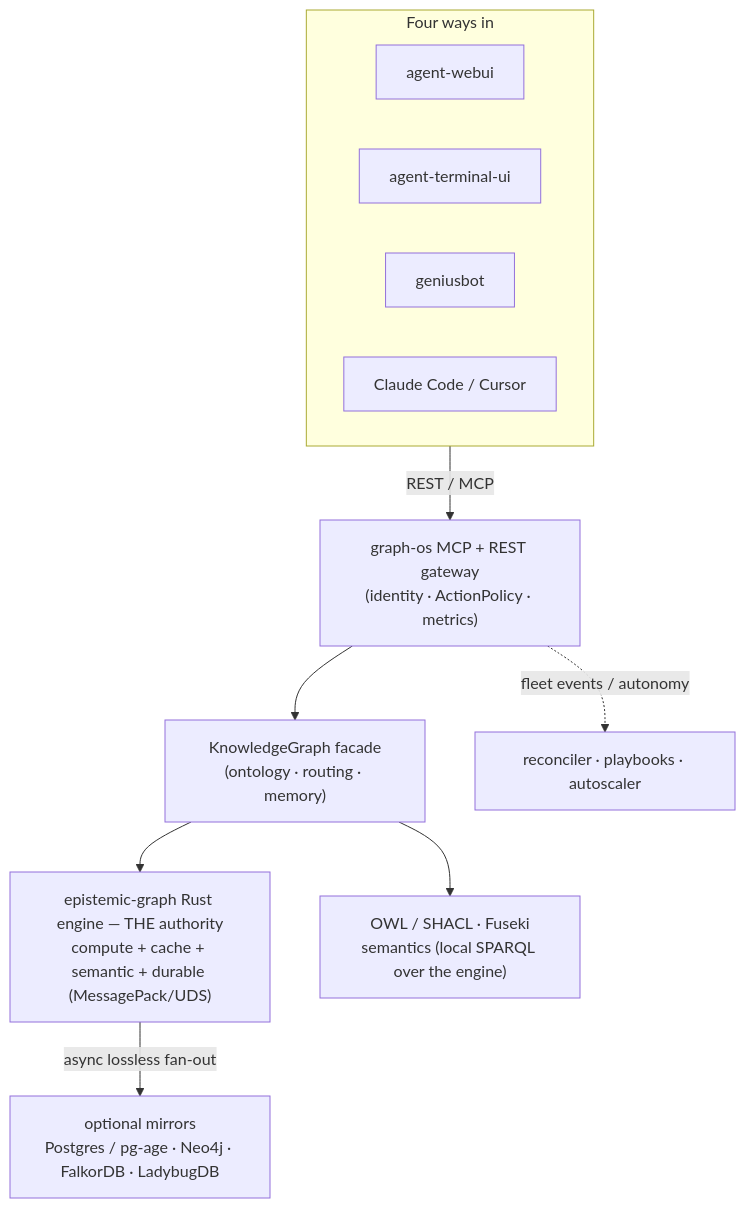
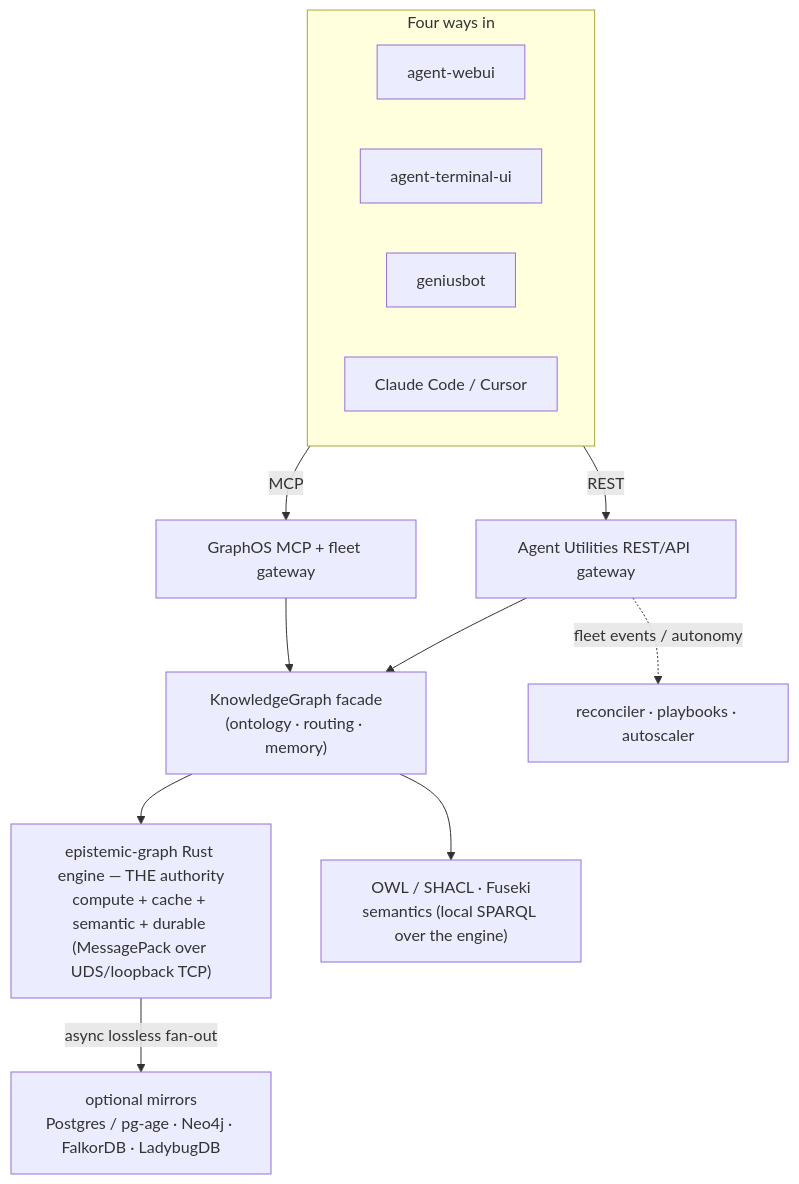
Before and after one commit to Knuckles-Team/agent-utilities: the diagram in README.md, drawn with Mermaid. The commit also changed other lines of this file and 3818 other files, not shown here.

Commit message:
Reconstruct advanced agent-utilities 1.27.1 tree (pre-merge base)

````diff
--- a/README.md
+++ b/README.md
@@ -97,12 +141,14 @@
 ```mermaid
 flowchart TD
     subgraph Surfaces["Four ways in"]
         WEB[agent-webui] & TUI[agent-terminal-ui] & GB[geniusbot] & IDE[Claude Code / Cursor]
     end
-    Surfaces -->|REST / MCP| GW["graph-os MCP + REST gateway<br/>(identity · ActionPolicy · metrics)"]
-    GW --> KG["KnowledgeGraph facade<br/>(ontology · routing · memory)"]
-    KG --> ENG["epistemic-graph Rust engine — THE authority<br/>compute + cache + semantic + durable (MessagePack/UDS)"]
+    Surfaces -->|MCP| MCP["GraphOS MCP + fleet gateway"]
+    Surfaces -->|REST| REST["Agent Utilities REST/API gateway"]
+    MCP --> KG["KnowledgeGraph facade<br/>(ontology · routing · memory)"]
+    REST --> KG
+    KG --> ENG["epistemic-graph Rust engine — THE authority<br/>compute + cache + semantic + durable (MessagePack over UDS/loopback TCP)"]
     ENG -->|async lossless fan-out| MIR["optional mirrors<br/>Postgres / pg-age · Neo4j · FalkorDB · LadybugDB"]
     KG --> OWL["OWL / SHACL · Fuseki<br/>semantics (local SPARQL over the engine)"]
-    GW -. fleet events / autonomy .-> FLEET["reconciler · playbooks · autoscaler"]
+    REST -. fleet events / autonomy .-> FLEET["reconciler · playbooks · autoscaler"]
 ```
````
